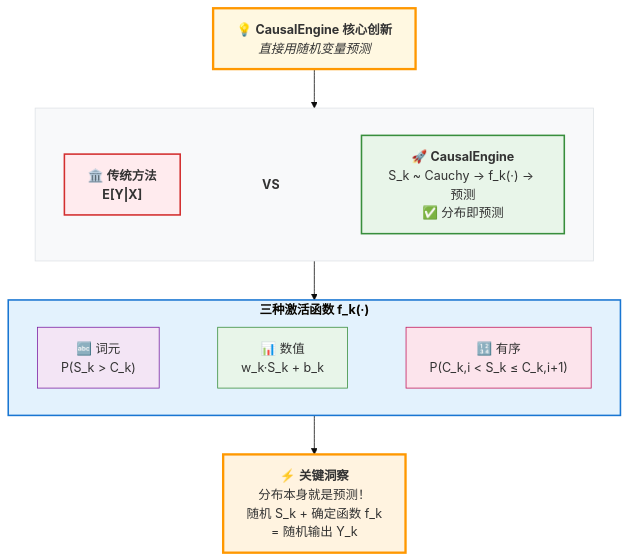
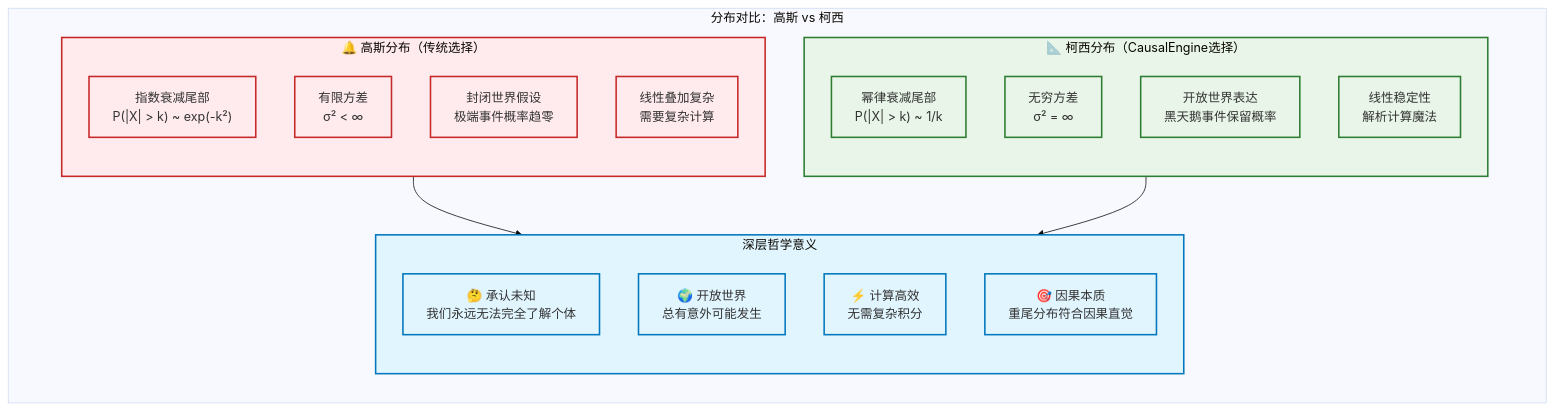
One commit to 1587causalai/CausalQwen changed the eighth of 10 diagrams in causal_engine/MATHEMATICAL_FOUNDATIONS_CN.md. Above: the diagram before and after it, drawn with Mermaid (base theme). The commit also changed other lines of this file and 7 other files, not shown here.

````diff
--- a/causal_engine/MATHEMATICAL_FOUNDATIONS_CN.md
+++ b/causal_engine/MATHEMATICAL_FOUNDATIONS_CN.md
@@ -285,54 +422,41 @@
 ```mermaid
 graph TB
-    %% 核心标题
-    Title["💡 <b>CausalEngine 核心创新</b><br/><i>直接用随机变量预测</i>"]
-    
-    Title --> Compare
-    
-    %% 对比区
-    subgraph Compare [" "]
-        direction LR
+    subgraph Comparison["分布对比：高斯 vs 柯西"]
+        direction TB
         
-        Traditional["🏛️ <b>传统方法</br> E[Y|X]"]
+        subgraph Gaussian["🔔 高斯分布（传统选择）"]
+            direction TB
+            G1["指数衰减尾部<br/>P(|X| > k) ~ exp(-k²)"]
+            G2["有限方差<br/>σ² < ∞"]
+            G3["封闭世界假设<br/>极端事件概率趋零"]
+            G4["线性叠加复杂<br/>需要复杂计算"]
+        end
         
-        VS["<b>VS</b>"]
+        subgraph Cauchy["📐 柯西分布（CausalEngine选择）"]
+            direction TB
+            C1["幂律衰减尾部<br/>P(|X| > k) ~ 1/k"]
+            C2["无穷方差<br/>σ² = ∞"]
+            C3["开放世界表达<br/>黑天鹅事件保留概率"]
+            C4["线性稳定性<br/>解析计算魔法"]
+        end
         
-        CausalEngine["🚀 <b>CausalEngine</b><br/>S_k ~ Cauchy → f_k(·) → 预测<br/>✅ 分布即预测"]
-        
-        Traditional ~~~ VS ~~~ CausalEngine
+        subgraph Philosophy["深层哲学意义"]
+            direction TB
+            P1["🤔 承认未知<br/>我们永远无法完全了解个体"]
+            P2["🌍 开放世界<br/>总有意外可能发生"]
+            P3["⚡ 计算高效<br/>无需复杂积分"]
+            P4["🎯 因果本质<br/>重尾分布符合因果直觉"]
+        end
     end
     
-    Compare --> Functions
+    Gaussian --> Philosophy
+    Cauchy --> Philosophy
     
-    %% 激活函数展示
-    subgraph Functions ["<b>三种激活函数 f_k(·)</b>"]
-        direction LR
-        Token["🔤 词元<br/>P(S_k > C_k)"]
-        Numeric["📊 数值<br/>w_k·S_k + b_k"]  
-        Ordinal["🔢 有序<br/>P(C_k,i < S_k ≤ C_k,i+1)"]
-        
-        Token ~~~ Numeric ~~~ Ordinal
-    end
+    classDef gaussianStyle fill:#ffebee,stroke:#c62828,stroke-width:2px
+    classDef cauchyStyle fill:#e8f5e8,stroke:#2e7d32,stroke-width:2px
+    classDef philosophyStyle fill:#e1f5fe,stroke:#0277bd,stroke-width:2px
     
-    Functions --> Insight
-    
-    %% 核心洞察
-    Insight["⚡ <b>关键洞察</b><br/>分布本身就是预测！<br/>随机 S_k + 确定函数 f_k  <br/> = 随机输出 Y_k"]
-    
-    
-    %% 哲学意义
-    
-    %% 样式美化
-    style Title fill:#fff8e1,stroke:#ff9800,stroke-width:3px
-    style Compare fill:#f8f9fa,stroke:#dee2e6,stroke-width:1px
-    style Traditional fill:#ffebee,stroke:#d32f2f,stroke-width:2px
-    style CausalEngine fill:#e8f5e9,stroke:#388e3c,stroke-width:2px
-    style VS fill:transparent,stroke:none
-    
-    style Functions fill:#e3f2fd,stroke:#1976d2,stroke-width:2px
-    style Token fill:#f3e5f5,stroke:#7b1fa2,stroke-width:1px
-    style Numeric fill:#e8f5e9,stroke:#388e3c,stroke-width:1px
-    style Ordinal fill:#fce4ec,stroke:#c2185b,stroke-width:1px
-    
-    style Insight fill:#fff3e0,stroke:#ff9800,stroke-width:3px
+    class Gaussian,G1,G2,G3,G4 gaussianStyle
+    class Cauchy,C1,C2,C3,C4 cauchyStyle
+    class Philosophy,P1,P2,P3,P4 philosophyStyle
 ```
````
